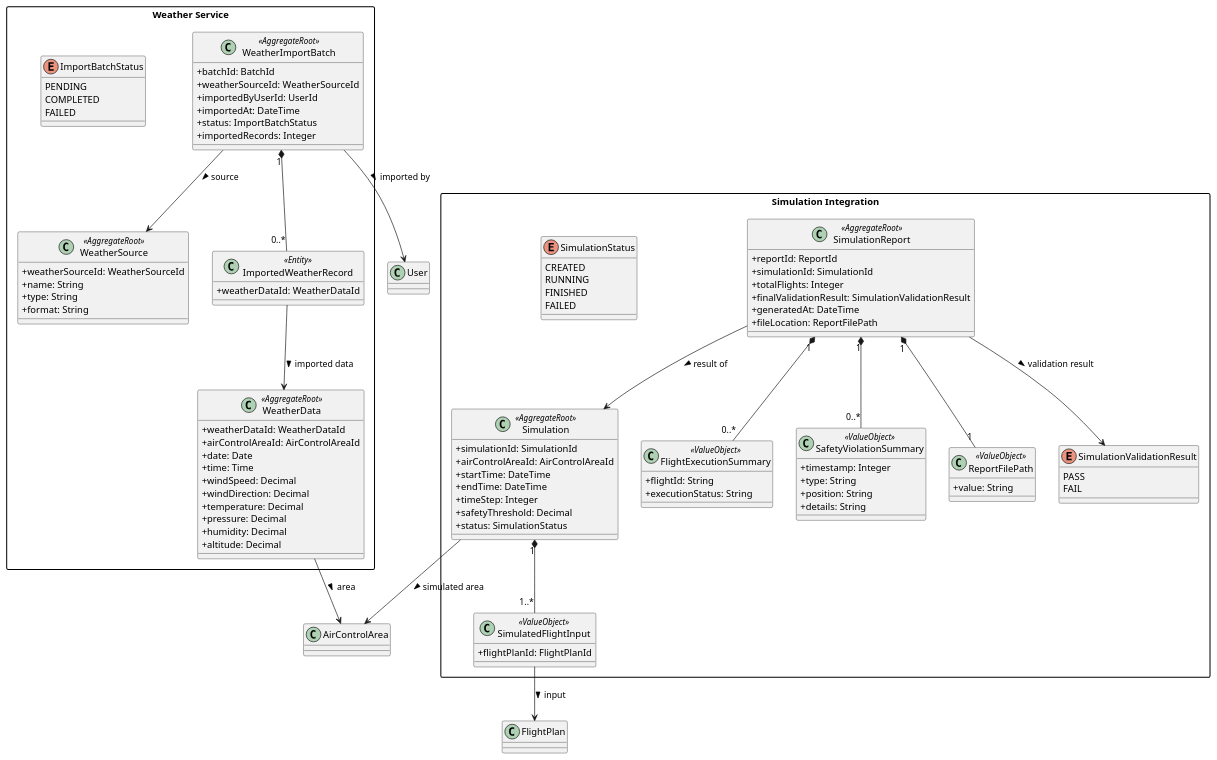
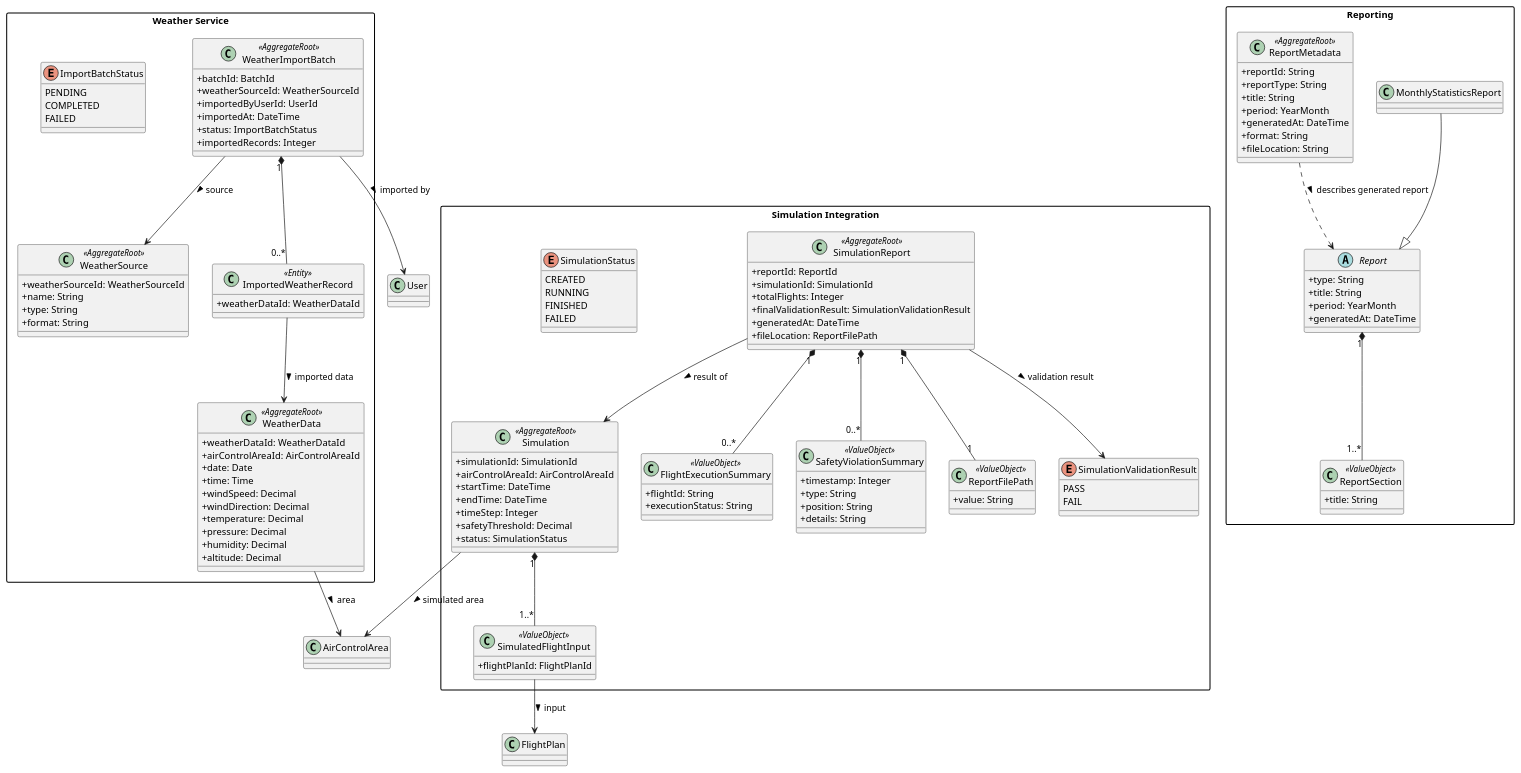
The diagram in docs/US_010/DM-weatherSimulation.puml (goncalolopesp/sem4pi2526-sem4pi2526_2di5), drawn with PlantUML before and after one commit. The commit also changed 15 other files, not shown here.

```diff
--- a/docs/US_010/DM-weatherSimulation.puml
+++ b/docs/US_010/DM-weatherSimulation.puml
@@ -1,119 +1,150 @@
 @startuml
 skinparam classAttributeIconSize 0
 skinparam shadowing false
 skinparam packageStyle rectangle
 
 package "Weather Service" {
 
   class WeatherSource <<AggregateRoot>> {
     +weatherSourceId: WeatherSourceId
     +name: String
     +type: String
     +format: String
   }
 
   class WeatherImportBatch <<AggregateRoot>> {
     +batchId: BatchId
     +weatherSourceId: WeatherSourceId
     +importedByUserId: UserId
     +importedAt: DateTime
     +status: ImportBatchStatus
     +importedRecords: Integer
   }
 
   class ImportedWeatherRecord <<Entity>> {
     +weatherDataId: WeatherDataId
   }
 
   class WeatherData <<AggregateRoot>> {
     +weatherDataId: WeatherDataId
     +airControlAreaId: AirControlAreaId
     +date: Date
     +time: Time
     +windSpeed: Decimal
     +windDirection: Decimal
     +temperature: Decimal
     +pressure: Decimal
     +humidity: Decimal
     +altitude: Decimal
   }
 
   enum ImportBatchStatus {
     PENDING
     COMPLETED
     FAILED
   }
 }
 
 package "Simulation Integration" {
 
   class Simulation <<AggregateRoot>> {
     +simulationId: SimulationId
     +airControlAreaId: AirControlAreaId
     +startTime: DateTime
     +endTime: DateTime
     +timeStep: Integer
     +safetyThreshold: Decimal
     +status: SimulationStatus
   }
 
   class SimulatedFlightInput <<ValueObject>> {
     +flightPlanId: FlightPlanId
   }
 
   class SimulationReport <<AggregateRoot>> {
     +reportId: ReportId
     +simulationId: SimulationId
     +totalFlights: Integer
     +finalValidationResult: SimulationValidationResult
     +generatedAt: DateTime
     +fileLocation: ReportFilePath
   }
 
   class FlightExecutionSummary <<ValueObject>> {
     +flightId: String
     +executionStatus: String
   }
 
   class SafetyViolationSummary <<ValueObject>> {
     +timestamp: Integer
     +type: String
     +position: String
     +details: String
   }
 
   class ReportFilePath <<ValueObject>> {
     +value: String
   }
 
   enum SimulationValidationResult {
     PASS
     FAIL
   }
 
   enum SimulationStatus {
     CREATED
     RUNNING
     FINISHED
     FAILED
   }
 }
 
+package "Reporting" {
+
+  abstract class Report {
+    +type: String
+    +title: String
+    +period: YearMonth
+    +generatedAt: DateTime
+  }
+
+  class MonthlyStatisticsReport {
+  }
+
+  class ReportSection <<ValueObject>> {
+    +title: String
+  }
+
+  class ReportMetadata <<AggregateRoot>> {
+    +reportId: String
+    +reportType: String
+    +title: String
+    +period: YearMonth
+    +generatedAt: DateTime
+    +format: String
+    +fileLocation: String
+  }
+}
+
 WeatherImportBatch "1" *-- "0..*" ImportedWeatherRecord
 ImportedWeatherRecord --> WeatherData : imported data >
 
 WeatherImportBatch --> WeatherSource : source >
 WeatherImportBatch --> User : imported by >
 WeatherData --> AirControlArea : area >
 
 Simulation "1" *-- "1..*" SimulatedFlightInput
 SimulationReport "1" *-- "0..*" FlightExecutionSummary
 SimulationReport "1" *-- "0..*" SafetyViolationSummary
 SimulationReport "1" *-- "1" ReportFilePath
 
 Simulation --> AirControlArea : simulated area >
 SimulatedFlightInput --> FlightPlan : input >
 SimulationReport --> Simulation : result of >
 SimulationReport --> SimulationValidationResult : validation result >
 
+MonthlyStatisticsReport --|> Report
+Report "1" *-- "1..*" ReportSection
+ReportMetadata ..> Report : describes generated report >
+
 @enduml
```
